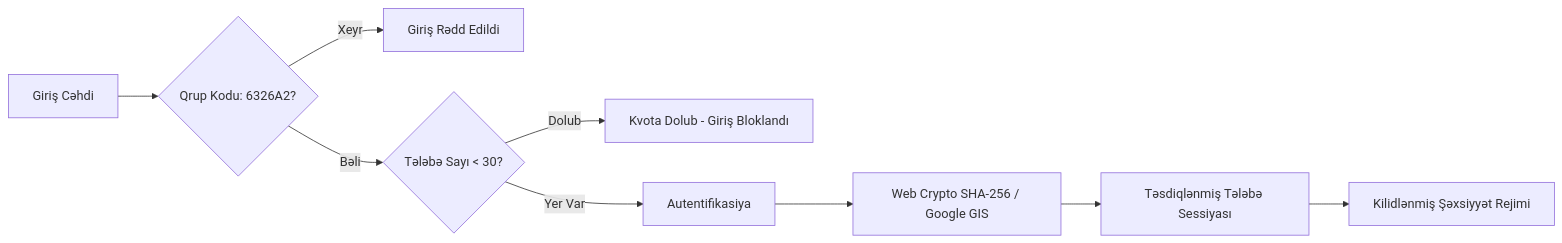
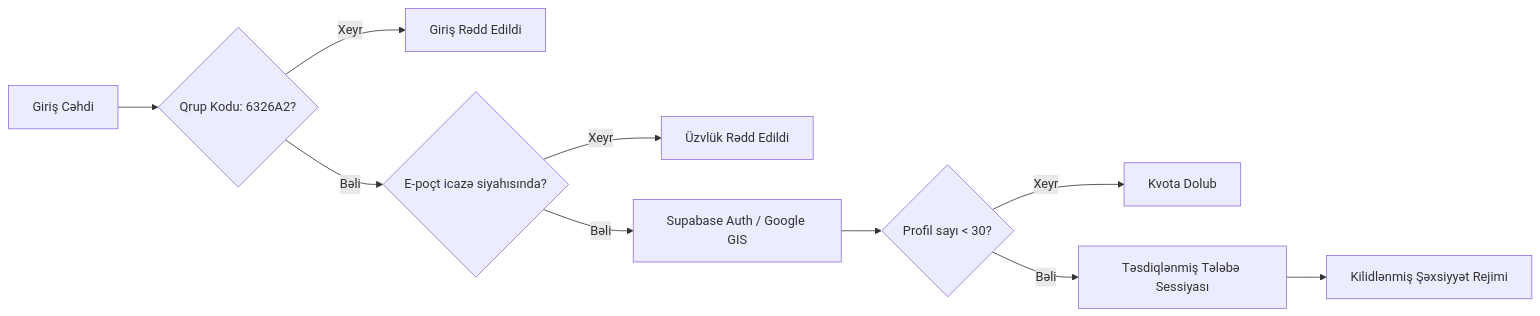
The diagram in SECURITY.md (elcann7/aztu), drawn with Mermaid before and after one commit. The commit also changed other lines of this file and 24 other files, not shown here.

````diff
--- a/SECURITY.md
+++ b/SECURITY.md
@@ -17,11 +21,12 @@
 ```mermaid
 graph LR
     A[Giriş Cəhdi] --> B{Qrup Kodu: 6326A2?}
     B -- Xeyr --> Block1[Giriş Rədd Edildi]
-    B -- Bəli --> C{Tələbə Sayı < 30?}
-    C -- Dolub --> Block2[Kvota Dolub - Giriş Bloklandı]
-    C -- Yer Var --> D[Autentifikasiya]
-    D --> E[Web Crypto SHA-256 / Google GIS]
-    E --> F[Təsdiqlənmiş Tələbə Sessiyası]
+    B -- Bəli --> C{E-poçt icazə siyahısında?}
+    C -- Xeyr --> Block2[Üzvlük Rədd Edildi]
+    C -- Bəli --> D[Supabase Auth / Google GIS]
+    D --> E{Profil sayı < 30?}
+    E -- Xeyr --> Block3[Kvota Dolub]
+    E -- Bəli --> F[Təsdiqlənmiş Tələbə Sessiyası]
     F --> G[Kilidlənmiş Şəxsiyyət Rejimi]
 ```
````
